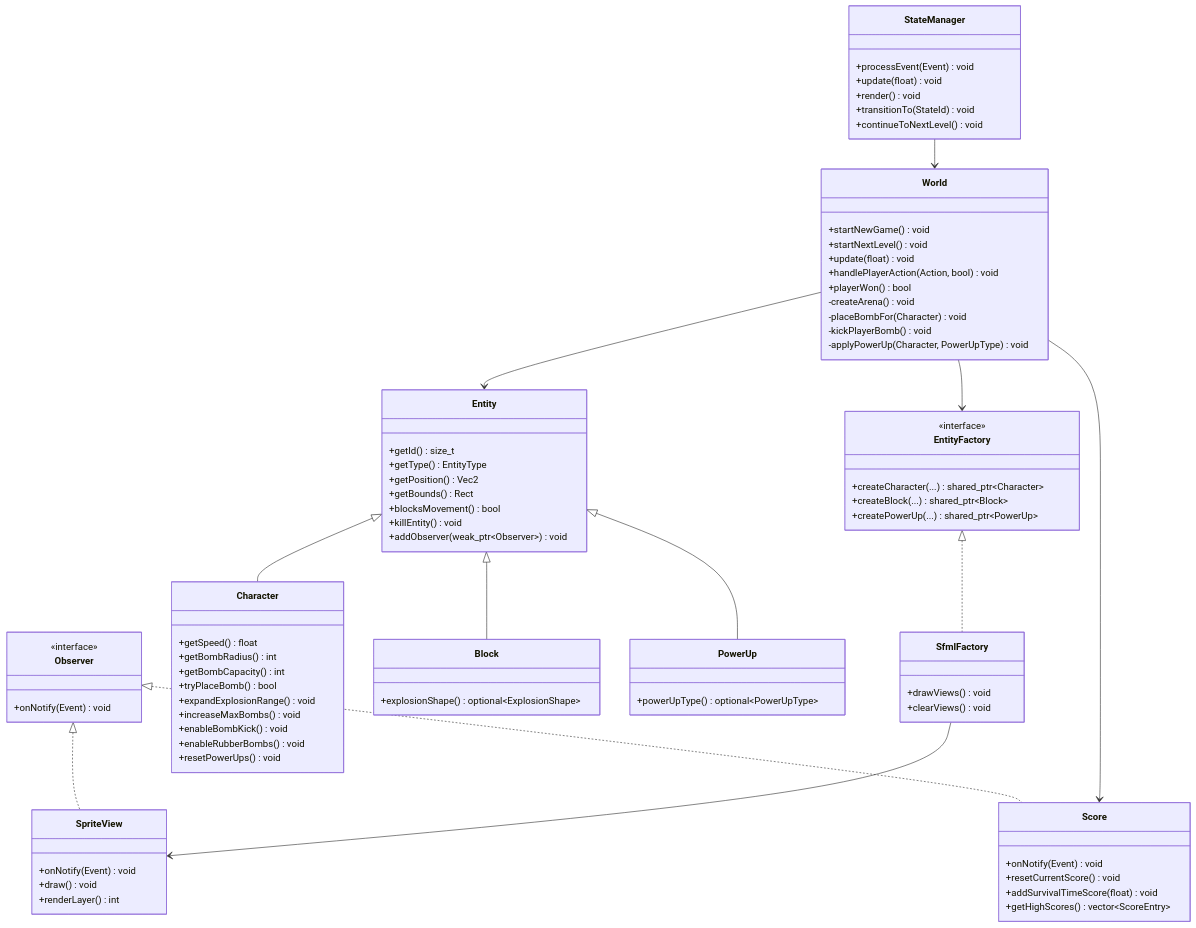
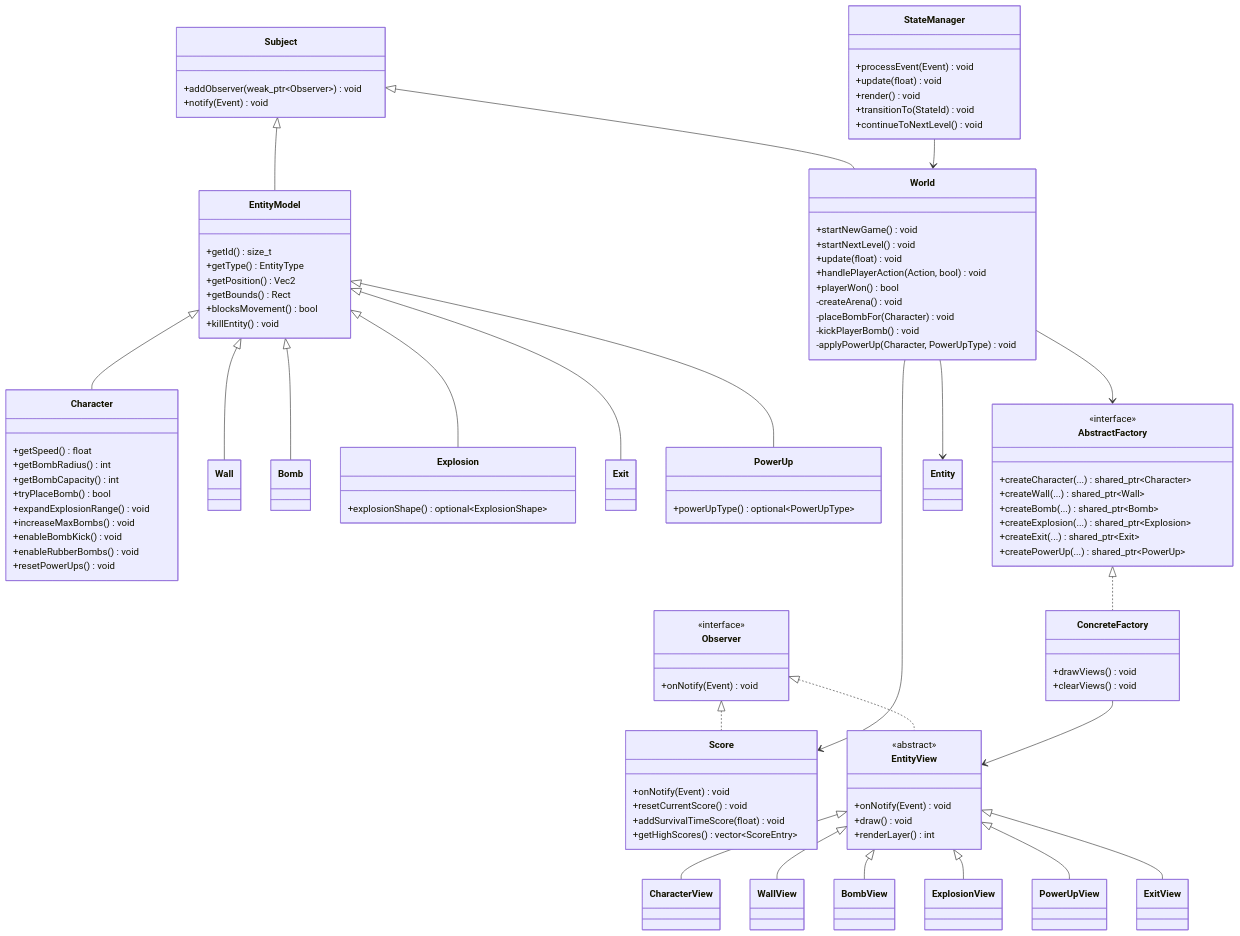
One commit to Noranbs/Bomberman changed the second of 4 diagrams in README.md. Above: the diagram before and after it, drawn with Mermaid. The commit also changed other lines of this file and 805 other files, not shown here.

````diff
--- a/README.md
+++ b/README.md
@@ -155,14 +160,18 @@
         +onNotify(Event) void
     }
 
-    class Entity {
+    class Subject {
+        +addObserver(weak_ptr~Observer~) void
+        +notify(Event) void
+    }
+
+    class EntityModel {
         +getId() size_t
         +getType() EntityType
         +getPosition() Vec2
         +getBounds() Rect
         +blocksMovement() bool
         +killEntity() void
-        +addObserver(weak_ptr~Observer~) void
     }
 
     class Character {
@@ -177,18 +186,27 @@
         +resetPowerUps() void
     }
 
-    class Block {
+    class Wall
+
+    class Bomb
+
+    class Explosion {
         +explosionShape() optional~ExplosionShape~
     }
+
+    class Exit
 
     class PowerUp {
         +powerUpType() optional~PowerUpType~
     }
 
-    class EntityFactory {
+    class AbstractFactory {
         <<interface>>
         +createCharacter(...) shared_ptr~Character~
-        +createBlock(...) shared_ptr~Block~
+        +createWall(...) shared_ptr~Wall~
+        +createBomb(...) shared_ptr~Bomb~
+        +createExplosion(...) shared_ptr~Explosion~
+        +createExit(...) shared_ptr~Exit~
         +createPowerUp(...) shared_ptr~PowerUp~
     }
 
@@ -211,16 +229,24 @@
         +getHighScores() vector~ScoreEntry~
     }
 
-    class SfmlFactory {
+    class ConcreteFactory {
         +drawViews() void
         +clearViews() void
     }
 
-    class SpriteView {
+    class EntityView {
+        <<abstract>>
         +onNotify(Event) void
         +draw() void
         +renderLayer() int
     }
+
+    class CharacterView
+    class WallView
+    class BombView
+    class ExplosionView
+    class PowerUpView
+    class ExitView
 
     class StateManager {
         +processEvent(Event) void
@@ -230,15 +256,26 @@
         +continueToNextLevel() void
     }
 
-    Entity <|-- Character
-    Entity <|-- Block
-    Entity <|-- PowerUp
+    Subject <|-- World
+    Subject <|-- EntityModel
+    EntityModel <|-- Character
+    EntityModel <|-- Wall
+    EntityModel <|-- Bomb
+    EntityModel <|-- Explosion
+    EntityModel <|-- Exit
+    EntityModel <|-- PowerUp
     Observer <|.. Score
-    Observer <|.. SpriteView
-    EntityFactory <|.. SfmlFactory
-    World --> EntityFactory
+    Observer <|.. EntityView
+    EntityView <|-- CharacterView
+    EntityView <|-- WallView
+    EntityView <|-- BombView
+    EntityView <|-- ExplosionView
+    EntityView <|-- PowerUpView
+    EntityView <|-- ExitView
+    AbstractFactory <|.. ConcreteFactory
+    World --> AbstractFactory
     World --> Entity
     World --> Score
-    SfmlFactory --> SpriteView
+    ConcreteFactory --> EntityView
     StateManager --> World
 ```
````
